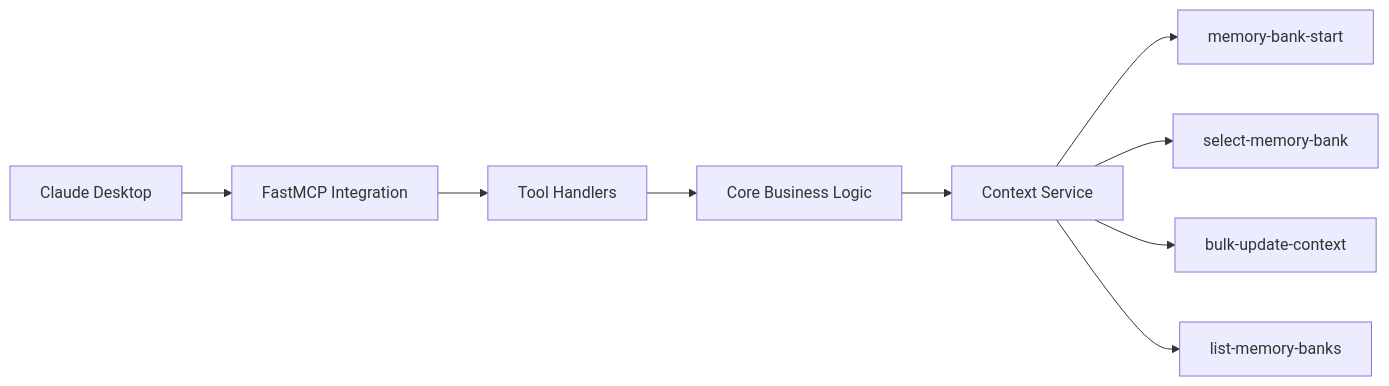
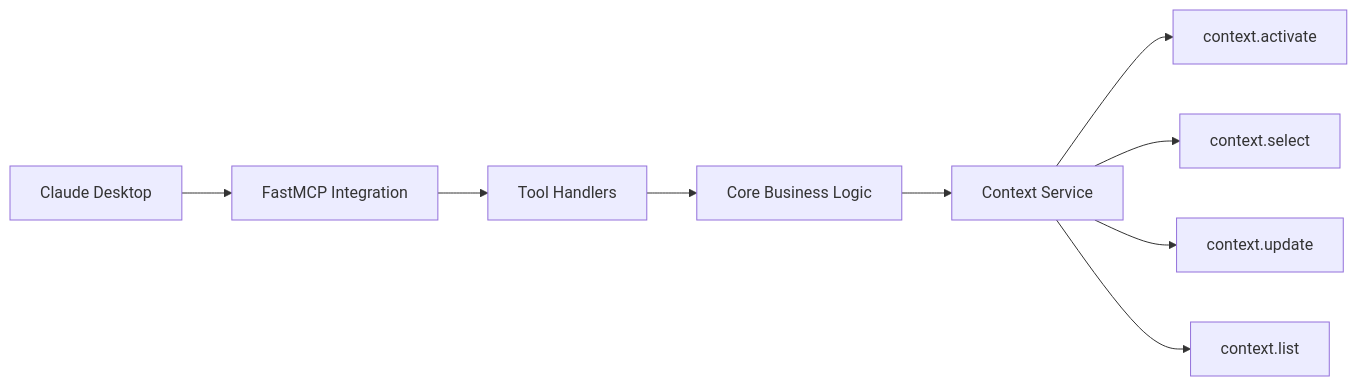
One commit to philippe-guerit/claude-desktop-memory-bank changed the third of 9 diagrams in doc/mcp-design.md. Above: the diagram before and after it, drawn with Mermaid. The commit also changed other lines of this file and 12 other files, not shown here.

````diff
--- a/doc/mcp-design.md
+++ b/doc/mcp-design.md
@@ -88,11 +88,11 @@
 ```mermaid
 flowchart LR
     Claude[Claude Desktop] --> FastMCP[FastMCP Integration]
     FastMCP --> Tools[Tool Handlers]
     Tools --> Core[Core Business Logic]
     Core --> ContextSvc[Context Service]
-    ContextSvc --> MBS[memory-bank-start]
-    ContextSvc --> SMB[select-memory-bank]
-    ContextSvc --> BUC[bulk-update-context]
-    ContextSvc --> LMB[list-memory-banks]
+    ContextSvc --> MBS[context.activate]
+    ContextSvc --> SMB[context.select]
+    ContextSvc --> BUC[context.update]
+    ContextSvc --> LMB[context.list]
 ```
````
